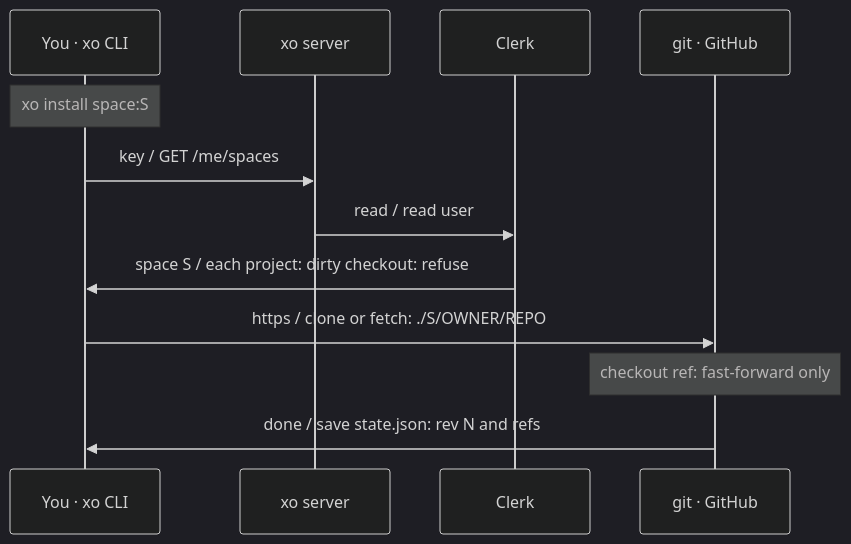
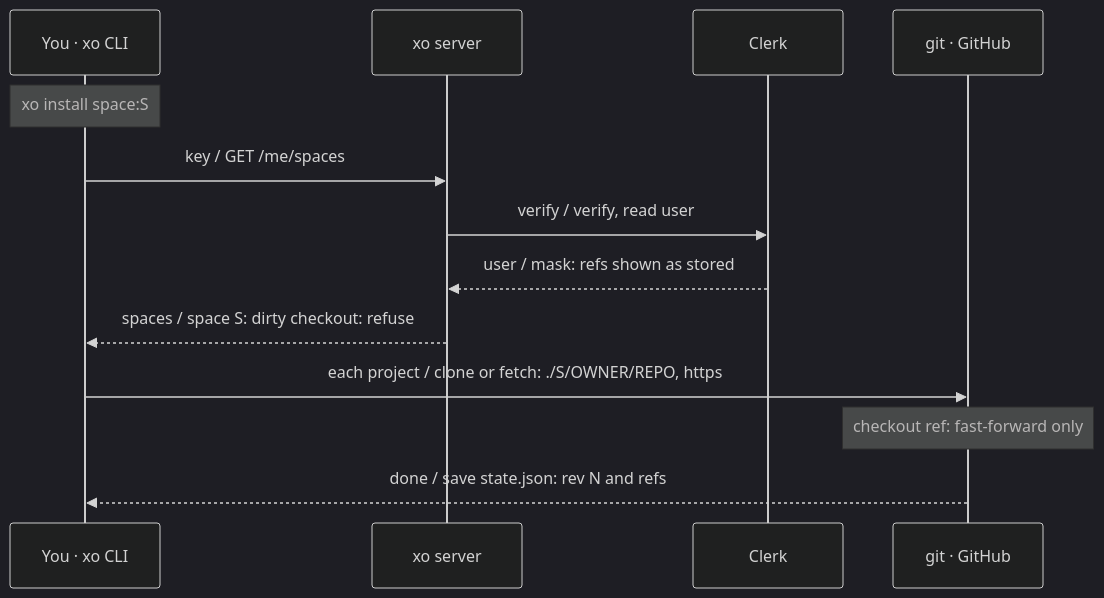
Before and after one commit to quirq-ai/xo: diagram 19 of 32 in docs/architecture.md, drawn with Mermaid (dark theme). The commit also changed other lines of this file and 10 other files, not shown here.

First line of the commit message:
xo create and architecture: audit fixes on top of #35 and #36

````diff
--- a/docs/architecture.md
+++ b/docs/architecture.md
@@ -356,14 +427,15 @@
 ```mermaid
 sequenceDiagram
   participant Cli as You · xo CLI
   participant Srv as xo server
   participant Clerk as Clerk
   participant Git as git · GitHub
   Note over Cli: xo install space:S
   Cli->>Srv: key / GET /me/spaces
-  Srv->>Clerk: read / read user
-  Clerk->>Cli: space S / each project: dirty checkout: refuse
-  Cli->>Git: https / clone or fetch: ./S/OWNER/REPO
+  Srv->>Clerk: verify / verify, read user
+  Clerk-->>Srv: user / mask: refs shown as stored
+  Srv-->>Cli: spaces / space S: dirty checkout: refuse
+  Cli->>Git: each project / clone or fetch: ./S/OWNER/REPO, https
   Note over Git: checkout ref: fast-forward only
-  Git->>Cli: done / save state.json: rev N and refs
+  Git-->>Cli: done / save state.json: rev N and refs
 ```
````
